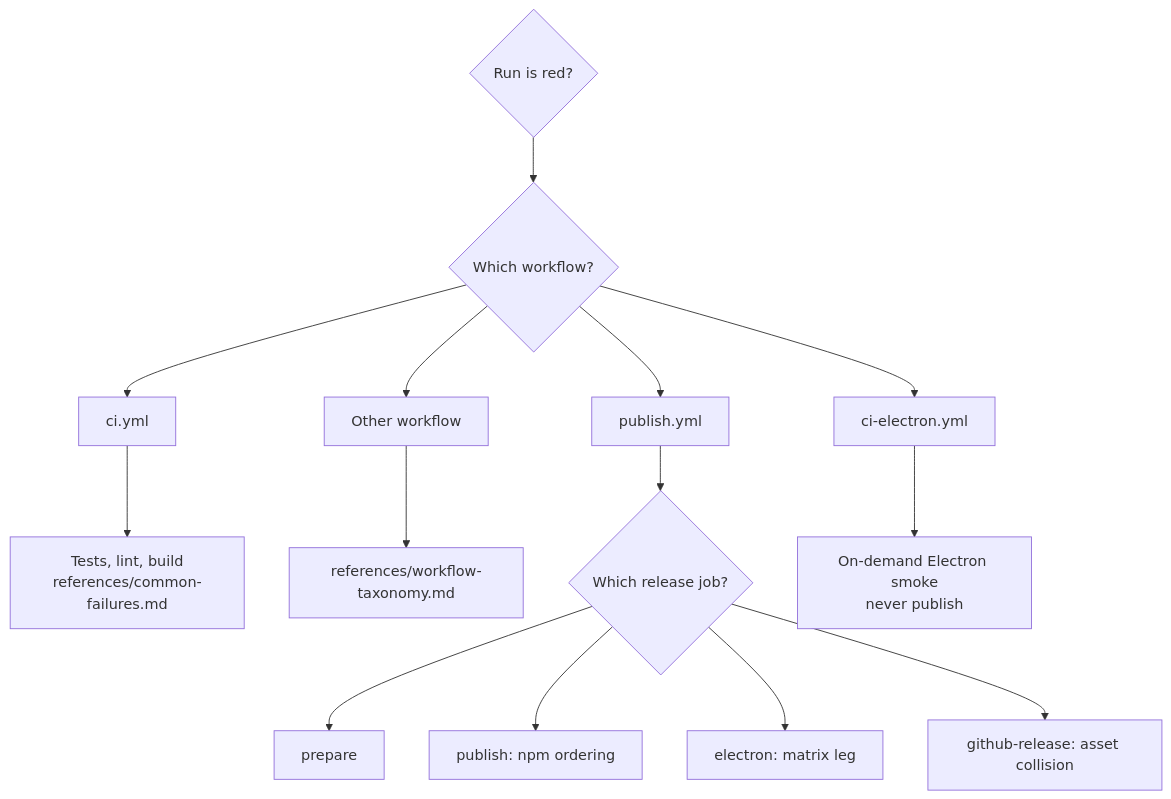
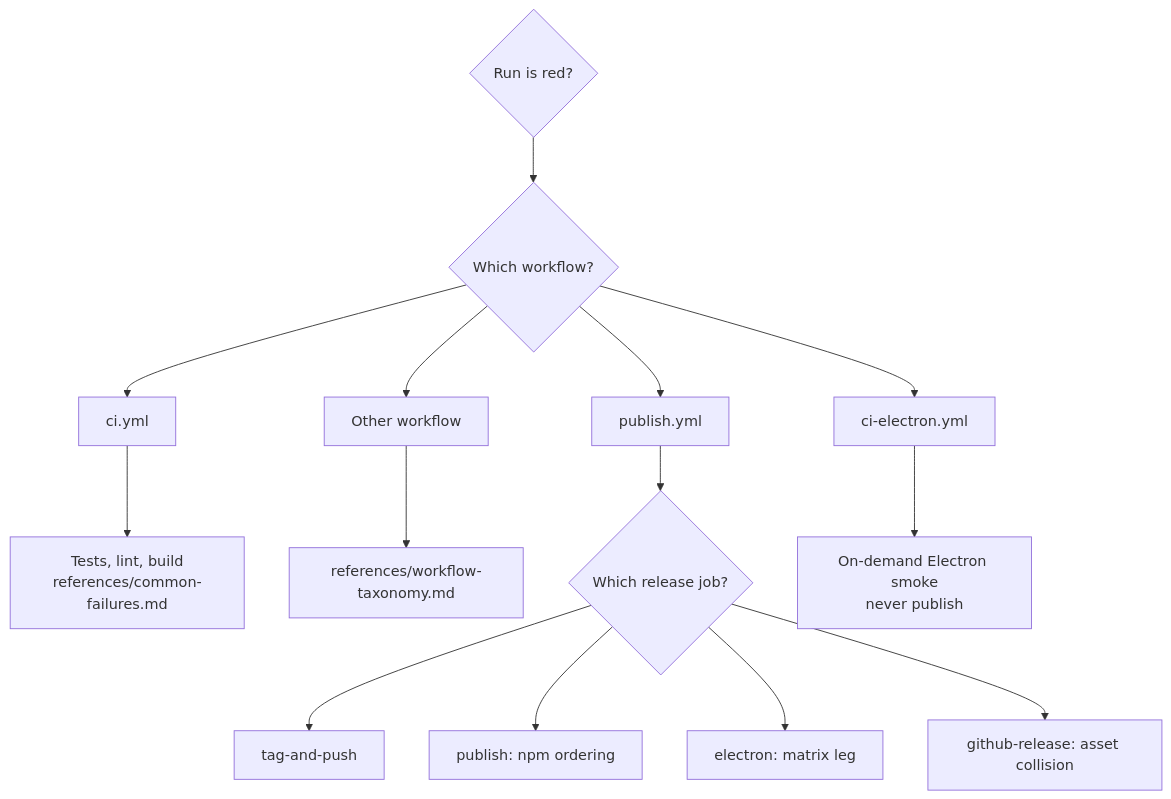
Before and after one commit to BlackBeltTechnology/pi-agent-dashboard: the second of 3 diagrams in .pi/skills/ci-troubleshoot/SKILL.md, drawn with Mermaid. The commit also changed other lines of this file and 12 other files, not shown here.

````diff
--- a/.pi/skills/ci-troubleshoot/SKILL.md
+++ b/.pi/skills/ci-troubleshoot/SKILL.md
@@ -41,16 +41,16 @@
 ```mermaid
 flowchart TD
   red{Run is red?} --> workflow{Which workflow?}
   workflow --> ci[ci.yml]
   workflow --> publish[publish.yml]
   workflow --> electron[ci-electron.yml]
   workflow --> other[Other workflow]
   ci --> common[Tests, lint, build<br/>references/common-failures.md]
   other --> taxonomy[references/workflow-taxonomy.md]
   publish --> releaseJob{Which release job?}
-  releaseJob --> prepare[prepare]
+  releaseJob --> tag[tag-and-push]
   releaseJob --> npmOrder[publish: npm ordering]
   releaseJob --> matrix[electron: matrix leg]
   releaseJob --> assets[github-release: asset collision]
   electron --> smoke[On-demand Electron smoke<br/>never publish]
 ```
````
